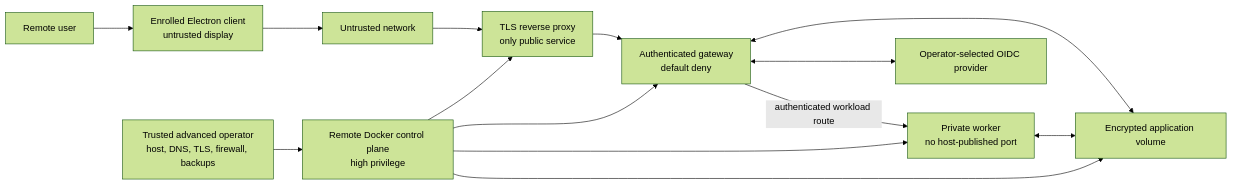
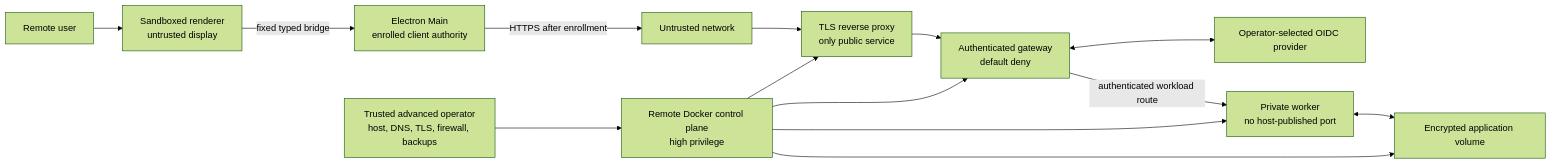
Before and after one commit to sodejm/AncestryLLM: the third of 3 diagrams in docs/THREAT_MODEL.md, drawn with Mermaid (forest theme). The commit also changed other lines of this file and 4 other files, not shown here.

````diff
--- a/docs/THREAT_MODEL.md
+++ b/docs/THREAT_MODEL.md
@@ -182,23 +183,26 @@
 ```mermaid
 flowchart LR
     RemoteUser["Remote user"]
-    Client["Enrolled Electron client\nuntrusted display"]
+    RemoteRenderer["Sandboxed renderer\nuntrusted display"]
+    RemoteMain["Electron Main\nenrolled client authority"]
     Internet["Untrusted network"]
     Edge["TLS reverse proxy\nonly public service"]
     Gateway["Authenticated gateway\ndefault deny"]
     Worker["Private worker\nno host-published port"]
     IdP["Operator-selected OIDC provider"]
     Volume["Encrypted application volume"]
     Admin["Trusted advanced operator\nhost, DNS, TLS, firewall, backups"]
     Engine["Remote Docker control plane\nhigh privilege"]
 
-    RemoteUser --> Client --> Internet --> Edge --> Gateway
+    RemoteUser --> RemoteRenderer
+    RemoteRenderer -->|"fixed typed bridge"| RemoteMain
+    RemoteMain -->|"HTTPS after enrollment"| Internet
+    Internet --> Edge --> Gateway
     Gateway <--> IdP
     Gateway -->|"authenticated workload route"| Worker
-    Gateway <--> Volume
     Worker <--> Volume
     Admin --> Engine --> Edge
     Engine --> Gateway
     Engine --> Worker
     Engine --> Volume
 ```
````
